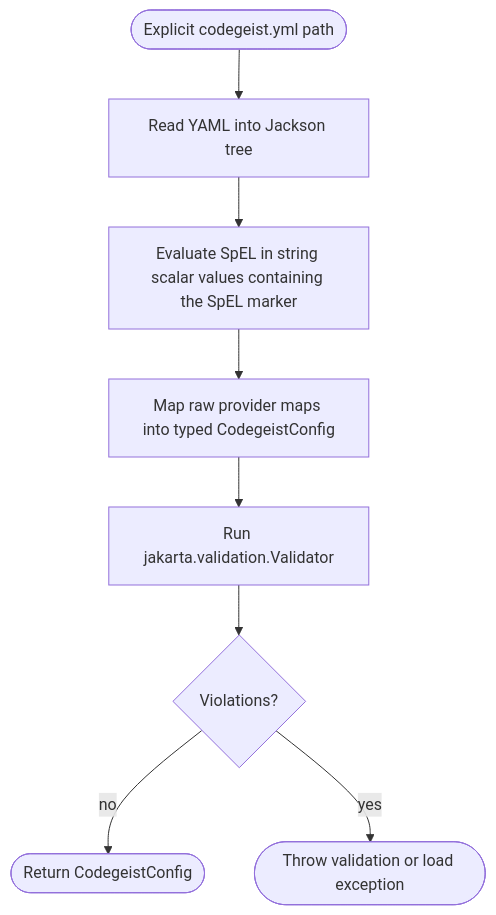
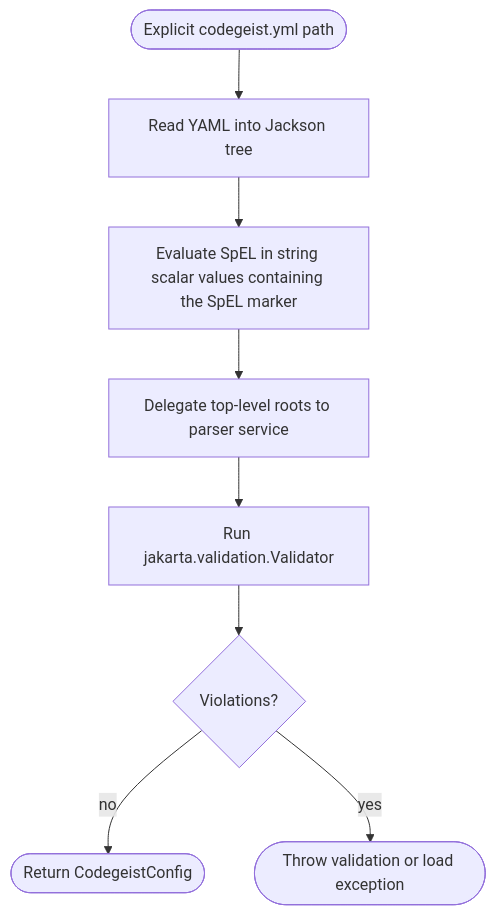
The second of 5 diagrams in docs/developer/architecture/provider-configuration.md (codegeist-ai/codegeist), drawn with Mermaid before and after one commit. The commit also changed other lines of this file and 48 other files, not shown here.

````diff
--- a/docs/developer/architecture/provider-configuration.md
+++ b/docs/developer/architecture/provider-configuration.md
@@ -214,15 +274,15 @@
 ```mermaid
 flowchart TD
     Start([Explicit codegeist.yml path])
     ReadTree[Read YAML into Jackson tree]
     Evaluate[Evaluate SpEL in string scalar values containing the SpEL marker]
-    MapConfig[Map raw provider maps into typed CodegeistConfig]
+    MapConfig[Delegate top-level roots to parser service]
     Validate[Run jakarta.validation.Validator]
     Valid{Violations?}
     Return([Return CodegeistConfig])
     Error([Throw validation or load exception])
 
     Start --> ReadTree --> Evaluate --> MapConfig --> Validate --> Valid
     Valid -- no --> Return
     Valid -- yes --> Error
 ```
````
